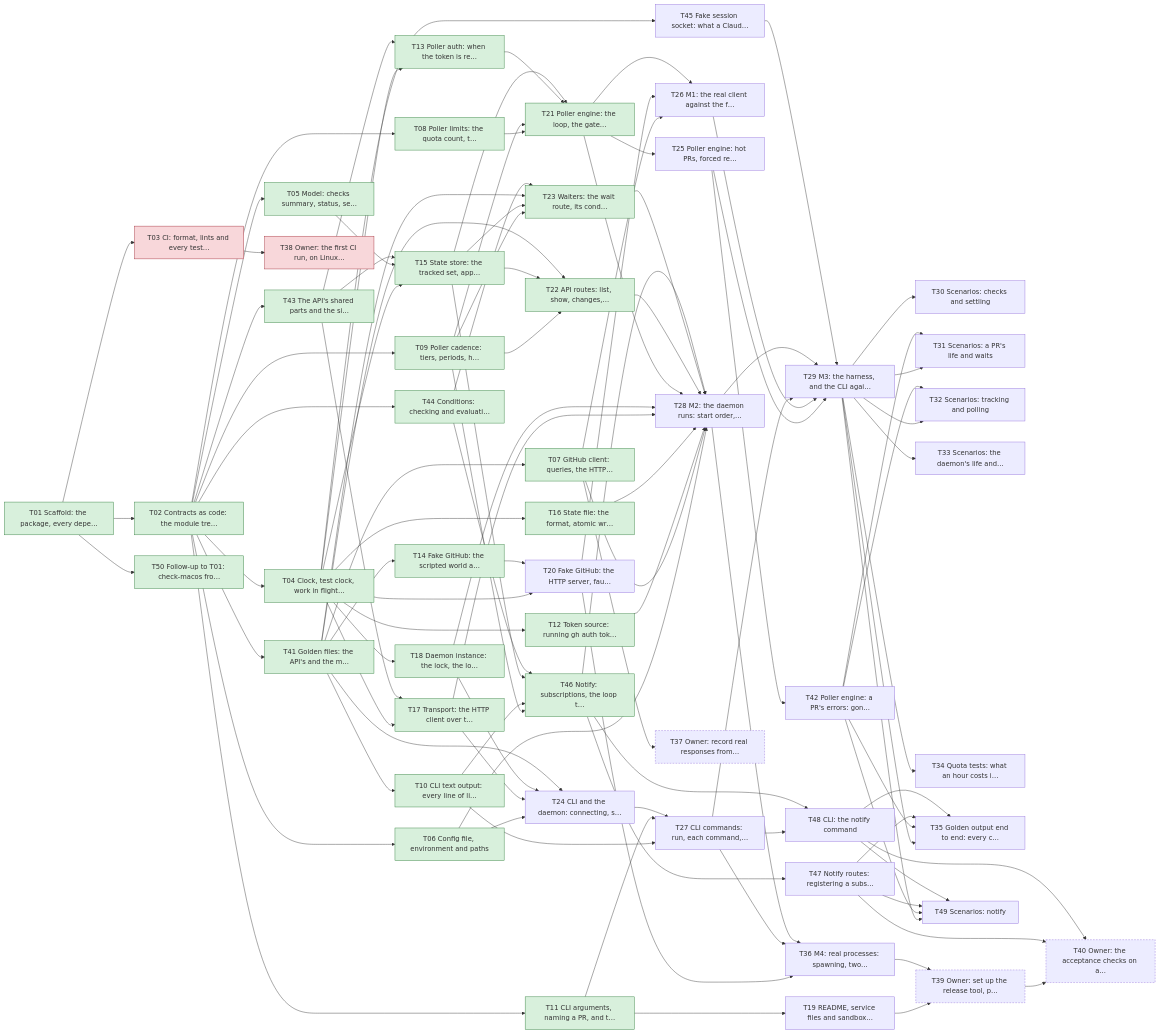
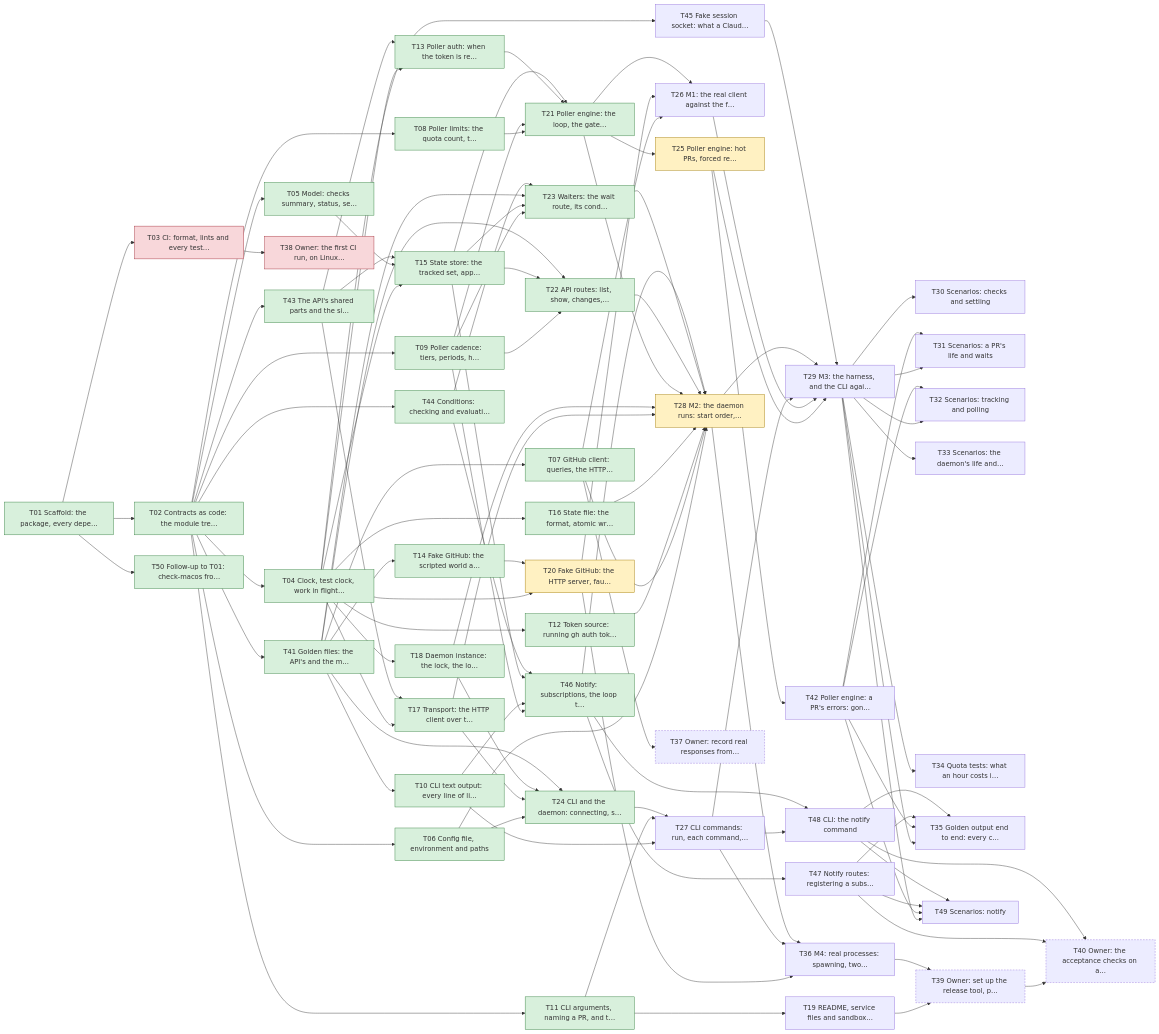
Before and after one commit to yachiko/circitor: the diagram in plan/README.md, drawn with Mermaid. The commit also changed other lines of this file and 5 other files, not shown here.

```diff
--- a/plan/README.md
+++ b/plan/README.md
@@ -156,15 +156,15 @@
   T17["T17 Transport: the HTTP client over t…"]:::done
   T18["T18 Daemon instance: the lock, the lo…"]:::done
   T19["T19 README, service files and sandbox…"]
-  T20["T20 Fake GitHub: the HTTP server, fau…"]
+  T20["T20 Fake GitHub: the HTTP server, fau…"]:::active
   T21["T21 Poller engine: the loop, the gate…"]:::done
   T22["T22 API routes: list, show, changes,…"]:::done
   T23["T23 Waiters: the wait route, its cond…"]:::done
-  T24["T24 CLI and the daemon: connecting, s…"]
-  T25["T25 Poller engine: hot PRs, forced re…"]
+  T24["T24 CLI and the daemon: connecting, s…"]:::done
+  T25["T25 Poller engine: hot PRs, forced re…"]:::active
   T26["T26 M1: the real client against the f…"]
   T27["T27 CLI commands: run, each command,…"]
-  T28["T28 M2: the daemon runs: start order,…"]
+  T28["T28 M2: the daemon runs: start order,…"]:::active
   T29["T29 M3: the harness, and the CLI agai…"]
   T30["T30 Scenarios: checks and settling"]
   T31["T31 Scenarios: a PR's life and waits"]
```
